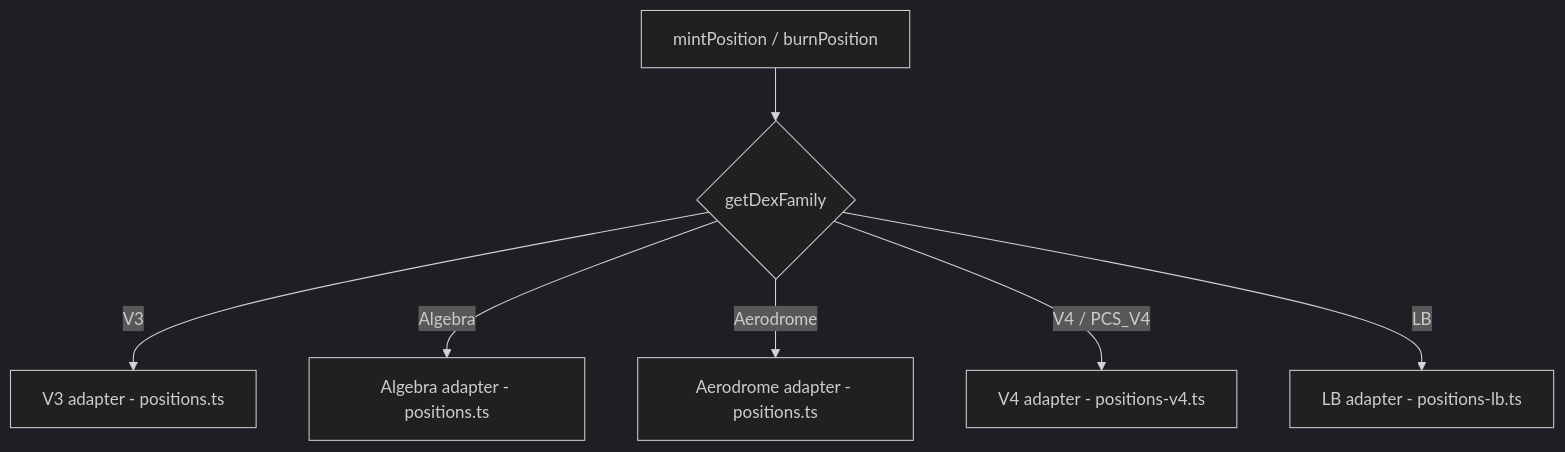
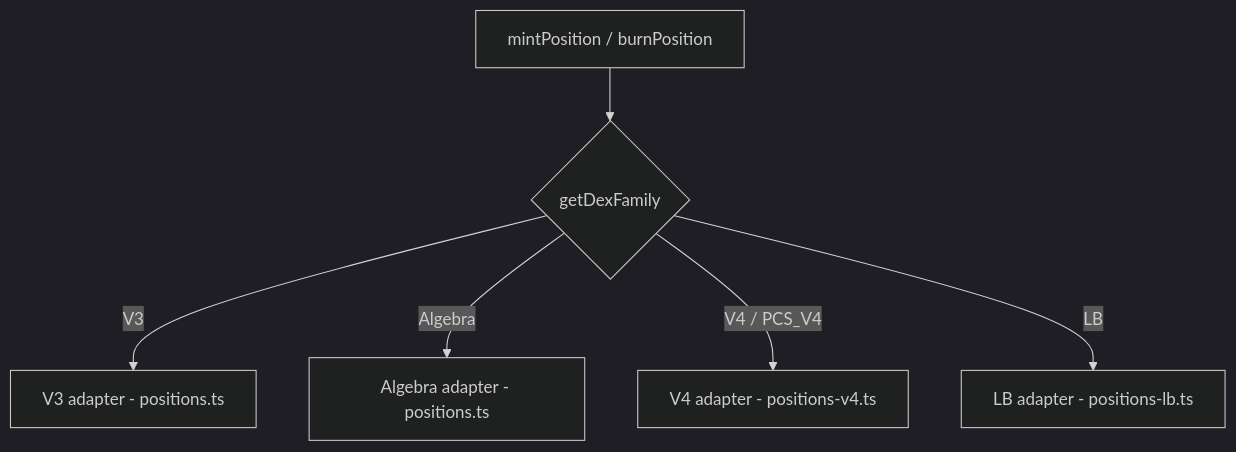
The diagram in docs/execution/positions.md (btr-supply/light-alm), drawn with Mermaid (dark theme) before and after one commit. The commit also changed other lines of this file and 5 other files, not shown here.

````diff
--- a/docs/execution/positions.md
+++ b/docs/execution/positions.md
@@ -11,9 +11,8 @@
 ```mermaid
 graph TD
     A[mintPosition / burnPosition] --> B{getDexFamily}
     B -->|V3| C[V3 adapter - positions.ts]
     B -->|Algebra| D[Algebra adapter - positions.ts]
-    B -->|Aerodrome| E[Aerodrome adapter - positions.ts]
-    B -->|V4 / PCS_V4| F[V4 adapter - positions-v4.ts]
-    B -->|LB| G[LB adapter - positions-lb.ts]
+    B -->|V4 / PCS_V4| E[V4 adapter - positions-v4.ts]
+    B -->|LB| F[LB adapter - positions-lb.ts]
 ```
````
